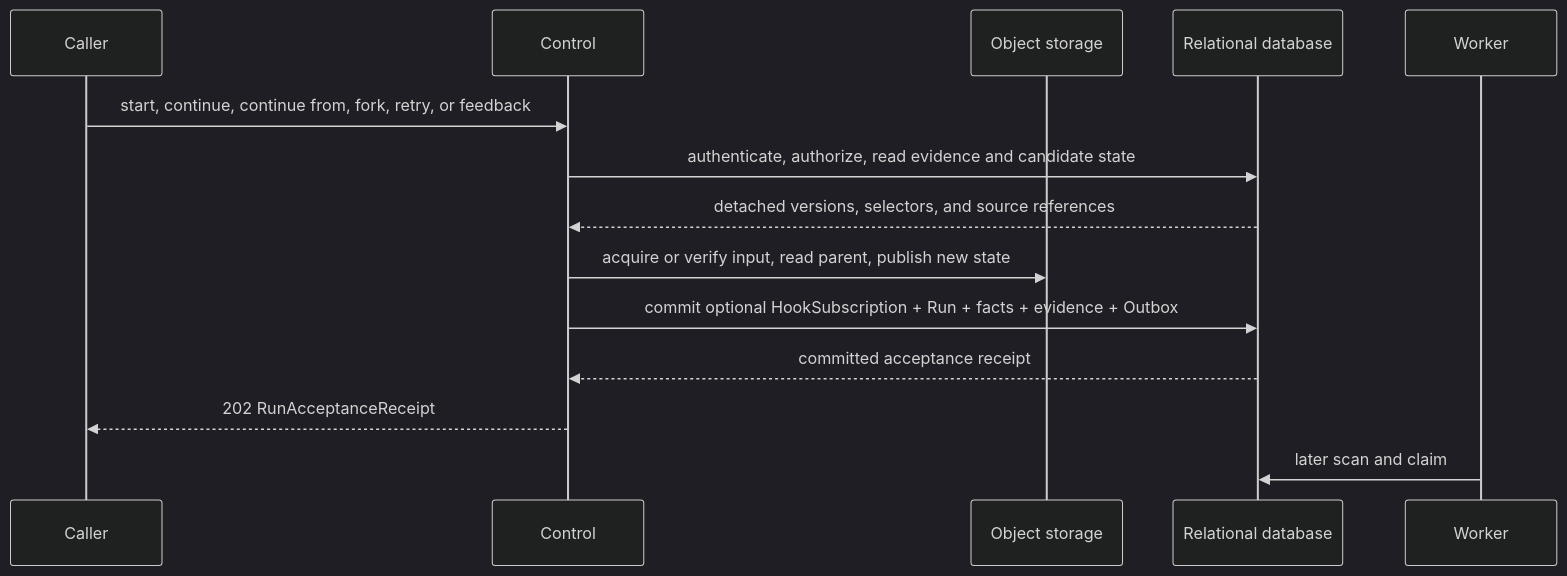
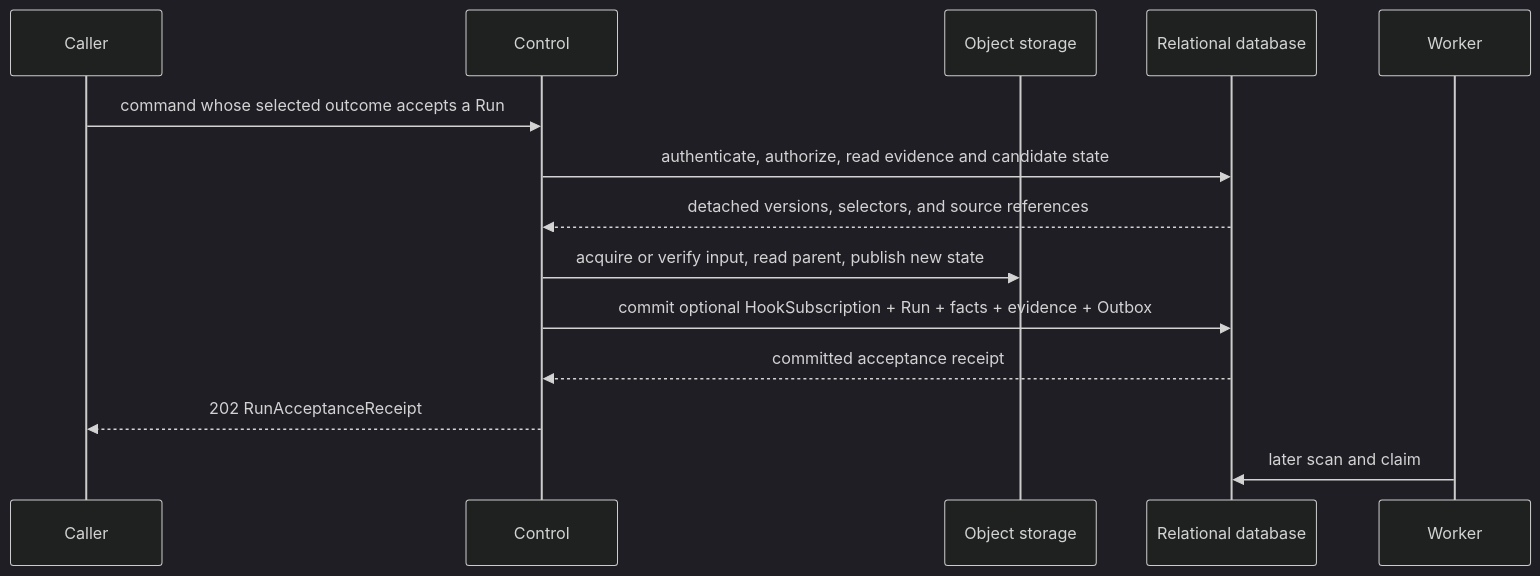
The first of 2 diagrams in spec/foundation-service/34-agent-control-input-and-continuation.md (LTThreeComma/agent-foundation), drawn with Mermaid (dark theme) before and after one commit. The commit also changed other lines of this file and 10 other files, not shown here.

````diff
--- a/spec/foundation-service/34-agent-control-input-and-continuation.md
+++ b/spec/foundation-service/34-agent-control-input-and-continuation.md
@@ -59,17 +61,17 @@
 ```mermaid
 sequenceDiagram
     participant Caller
     participant Control
     participant Objects as Object storage
     participant DB as Relational database
     participant Worker
 
-    Caller->>Control: start, continue, continue from, fork, retry, or feedback
+    Caller->>Control: command whose selected outcome accepts a Run
     Control->>DB: authenticate, authorize, read evidence and candidate state
     DB-->>Control: detached versions, selectors, and source references
     Control->>Objects: acquire or verify input, read parent, publish new state
     Control->>DB: commit optional HookSubscription + Run + facts + evidence + Outbox
     DB-->>Control: committed acceptance receipt
     Control-->>Caller: 202 RunAcceptanceReceipt
     Worker->>DB: later scan and claim
 ```
````
